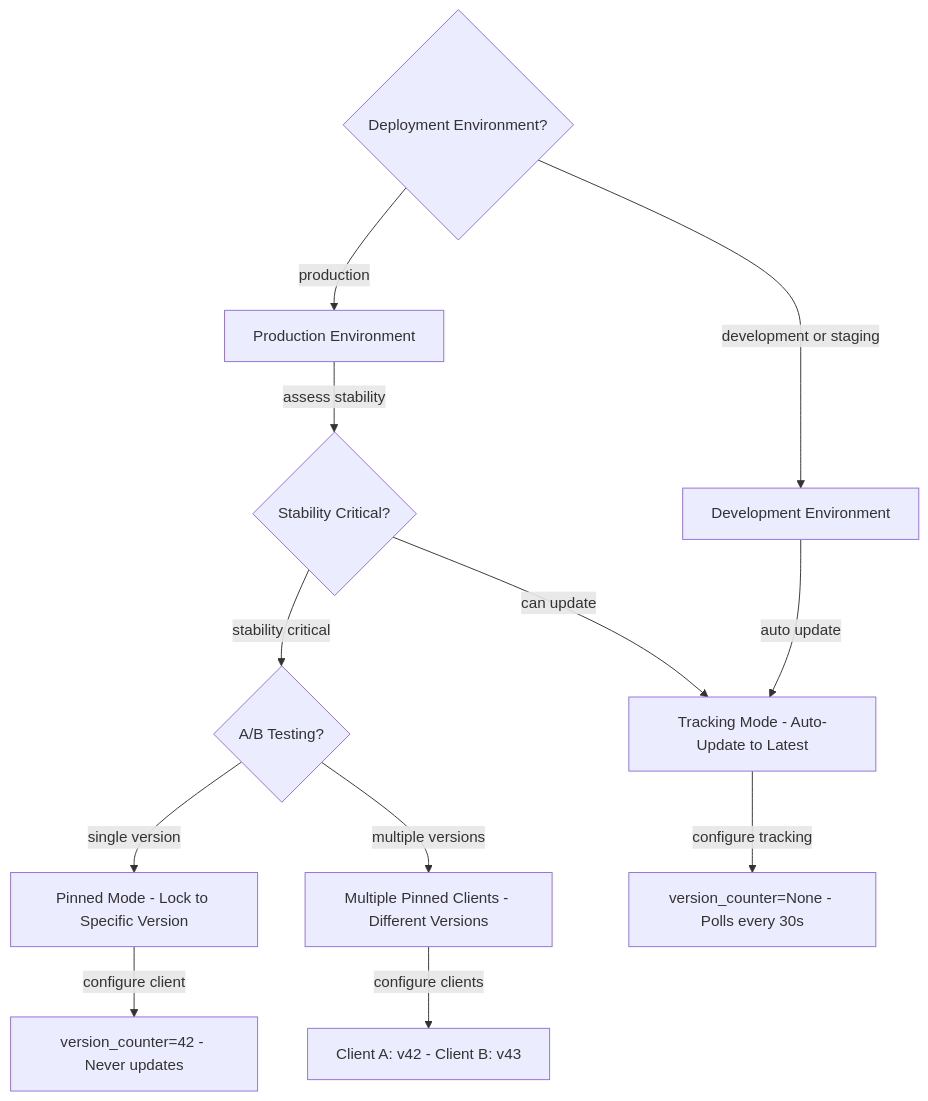
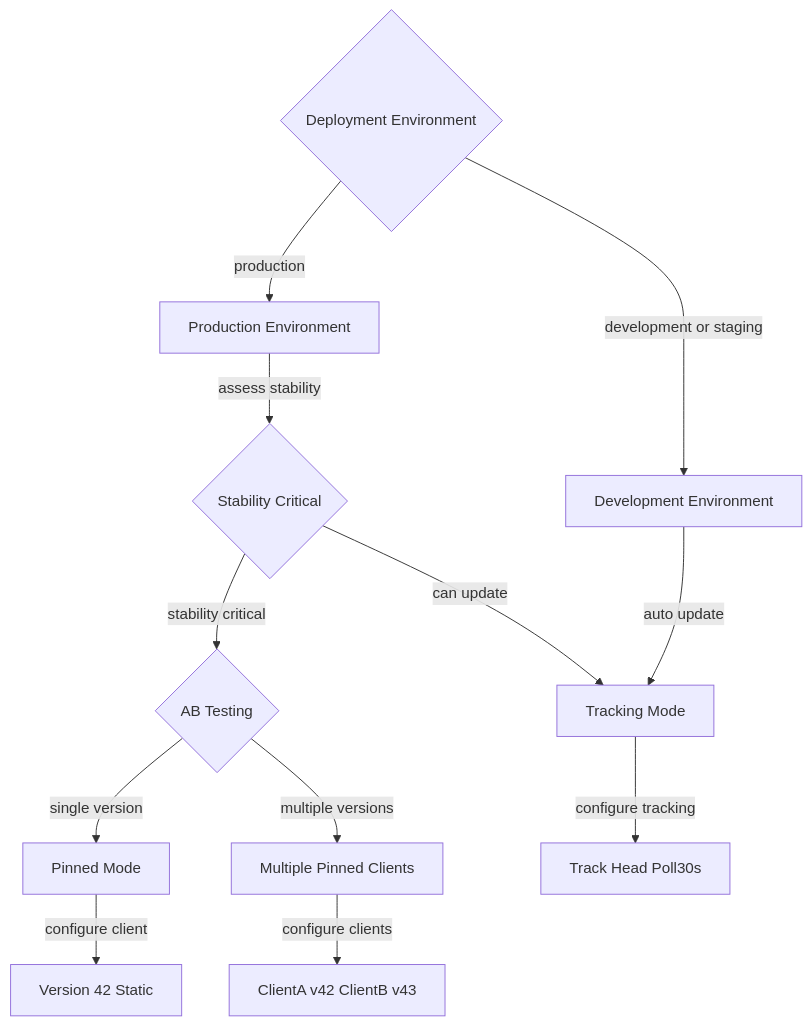
The second of 3 diagrams in documents/engineering/blockchain_storage.md (Tuee22/SpectralMC), drawn with Mermaid before and after one commit. The commit also changed other lines of this file and 68 other files, not shown here.

````diff
--- a/documents/engineering/blockchain_storage.md
+++ b/documents/engineering/blockchain_storage.md
@@ -165,29 +166,29 @@
 ```mermaid
 flowchart TB
-  Start{Deployment Environment?}
+  Start{Deployment Environment}
   Production[Production Environment]
   Development[Development Environment]
 
-  StabilityNeeded{Stability Critical?}
-  ABTest{A/B Testing?}
+  StabilityNeeded{Stability Critical}
+  ABTest{AB Testing}
 
-  Pinned[Pinned Mode - Lock to Specific Version]
-  MultiPinned[Multiple Pinned Clients - Different Versions]
-  Tracking[Tracking Mode - Auto-Update to Latest]
+  Pinned[Pinned Mode]
+  MultiPinned[Multiple Pinned Clients]
+  Tracking[Tracking Mode]
 
   Start -->|production| Production
   Start -->|development or staging| Development
 
   Production -->|assess stability| StabilityNeeded
   StabilityNeeded -->|stability critical| ABTest
   StabilityNeeded -->|can update| Tracking
 
   ABTest -->|single version| Pinned
   ABTest -->|multiple versions| MultiPinned
 
   Development -->|auto update| Tracking
 
-  Pinned -->|configure client| PinnedConfig[version_counter=42 - Never updates]
-  MultiPinned -->|configure clients| MultiConfig[Client A: v42 - Client B: v43]
-  Tracking -->|configure tracking| TrackingConfig[version_counter=None - Polls every 30s]
+  Pinned -->|configure client| PinnedConfig[Version 42 Static]
+  MultiPinned -->|configure clients| MultiConfig[ClientA v42 ClientB v43]
+  Tracking -->|configure tracking| TrackingConfig[Track Head Poll30s]
 ```
````
